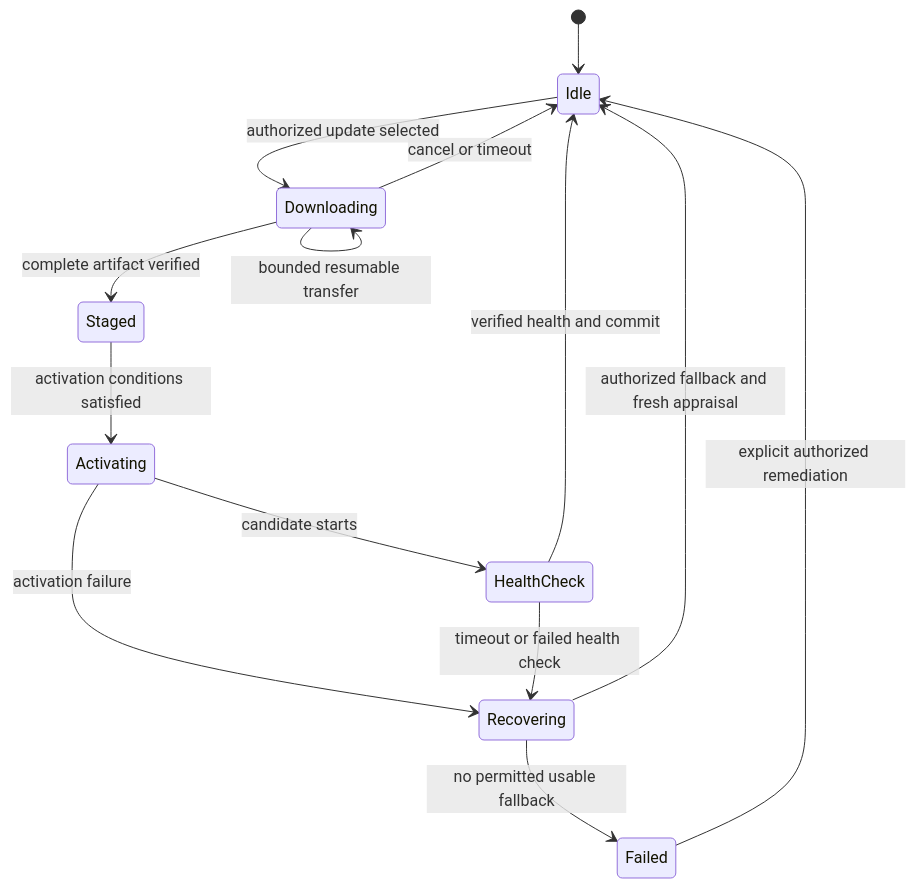
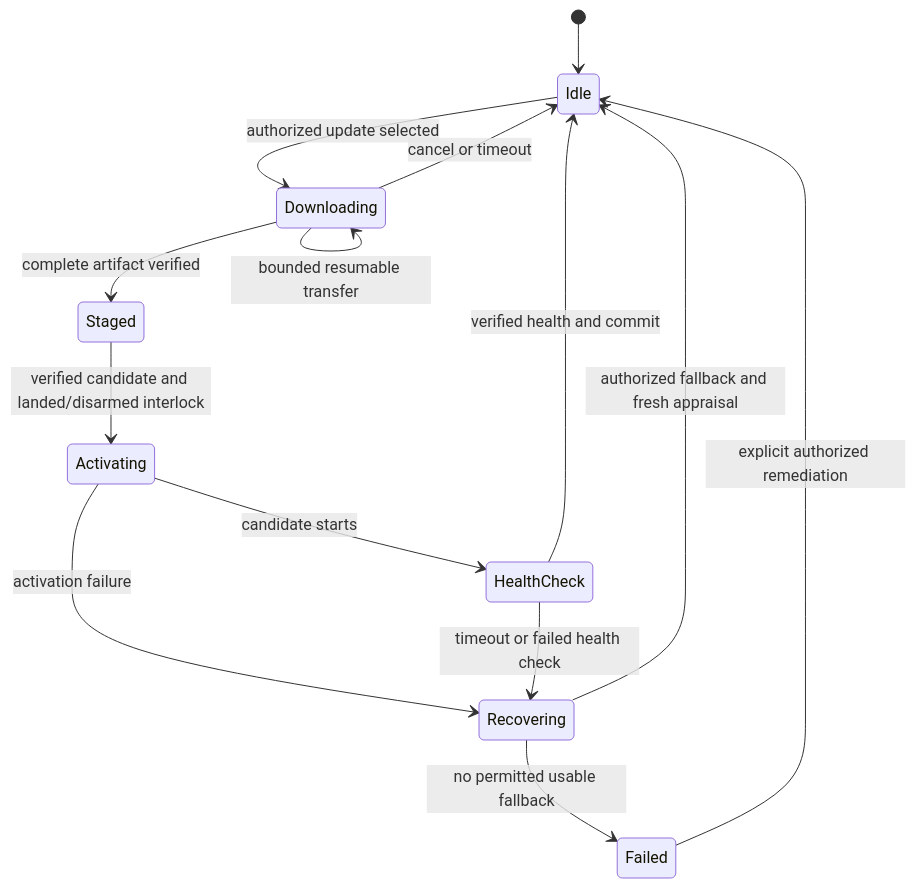
The second of 2 diagrams in docs/04-system-design.md (mathissdupont/swarm-rejoin), drawn with Mermaid before and after one commit. The commit also changed other lines of this file and 24 other files, not shown here.

````diff
--- a/docs/04-system-design.md
+++ b/docs/04-system-design.md
@@ -50,16 +56,16 @@
 ```mermaid
 stateDiagram-v2
     [*] --> Idle
     Idle --> Downloading: authorized update selected
     Downloading --> Downloading: bounded resumable transfer
     Downloading --> Staged: complete artifact verified
     Downloading --> Idle: cancel or timeout
-    Staged --> Activating: activation conditions satisfied
+    Staged --> Activating: verified candidate and landed/disarmed interlock
     Activating --> HealthCheck: candidate starts
     Activating --> Recovering: activation failure
     HealthCheck --> Idle: verified health and commit
     HealthCheck --> Recovering: timeout or failed health check
     Recovering --> Idle: authorized fallback and fresh appraisal
     Recovering --> Failed: no permitted usable fallback
     Failed --> Idle: explicit authorized remediation
 ```
````
